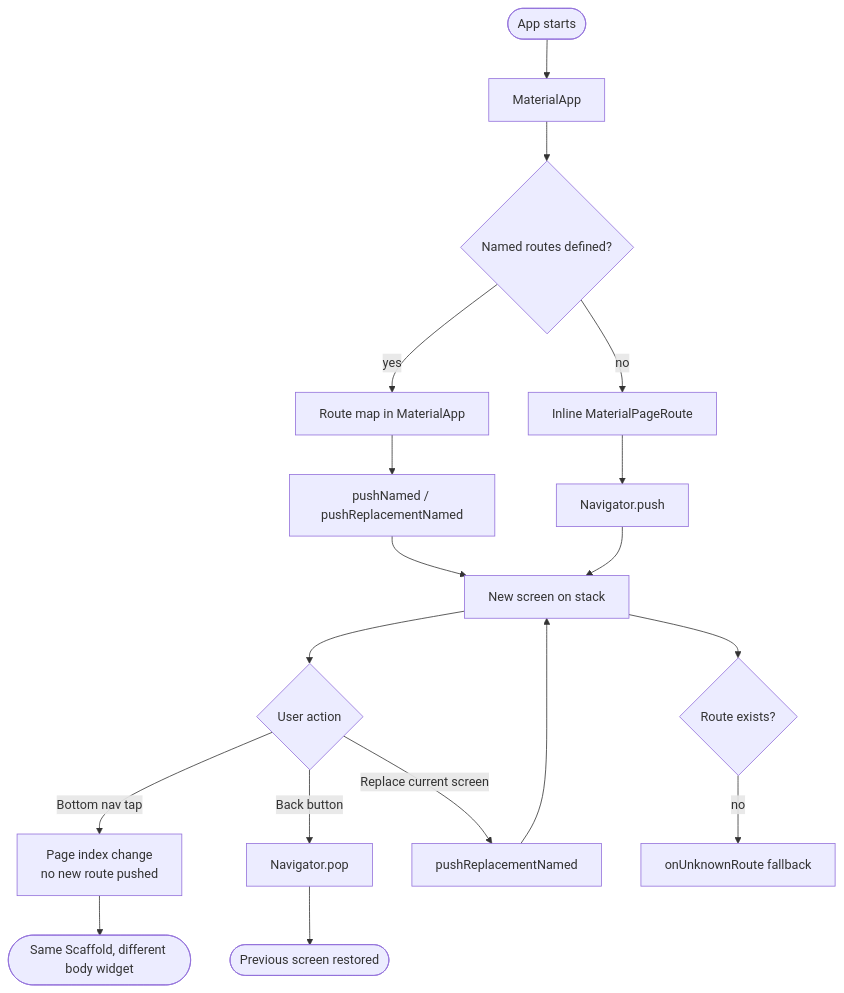
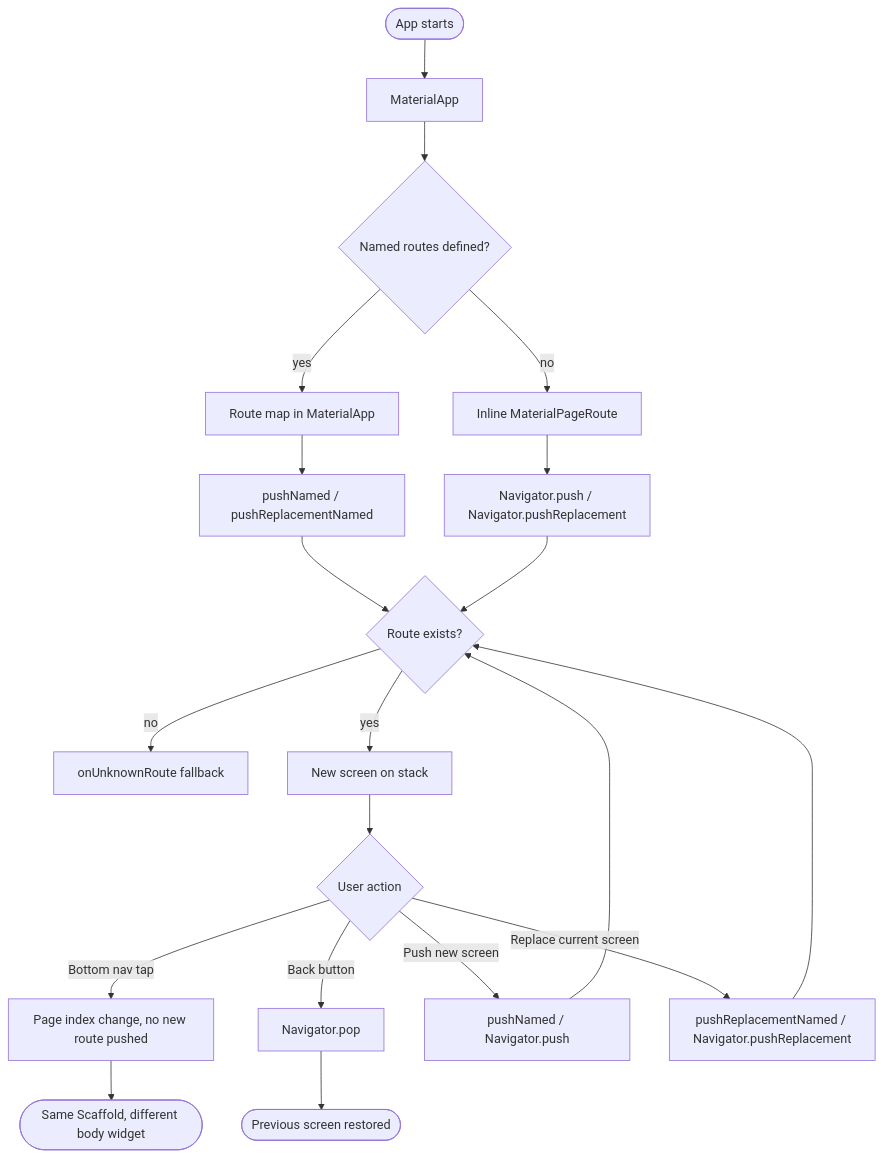
The diagram in 06.navigation/README.md (xscotophilic/learning-flutter), drawn with Mermaid before and after one commit. The commit also changed other lines of this file and 1 other file, not shown here.

Commit message:
README fixes

````diff
--- a/06.navigation/README.md
+++ b/06.navigation/README.md
@@ -65,20 +65,22 @@
 ```mermaid
 flowchart TD
     A([App starts]) --> B[MaterialApp]
     B --> C{Named routes defined?}
     C -- yes --> D[Route map in MaterialApp]
     C -- no --> E[Inline MaterialPageRoute]
     D --> F[pushNamed / pushReplacementNamed]
-    E --> G[Navigator.push]
-    F --> H[New screen on stack]
-    G --> H
+    E --> G[Navigator.push / Navigator.pushReplacement]
+    F --> O{Route exists?}
+    G --> O
+    O -- no --> P[onUnknownRoute fallback]
+    O -- yes --> H[New screen on stack]
     H --> I{User action}
-    I -- Bottom nav tap --> L[Page index change\nno new route pushed]
+    I -- Bottom nav tap --> L[Page index change, no new route pushed]
     I -- Back button --> J[Navigator.pop]
-    I -- Replace current screen --> K[pushReplacementNamed]
+    I -- Push new screen --> K[pushNamed / Navigator.push]
+    I -- Replace current screen --> R[pushReplacementNamed / Navigator.pushReplacement]
     J --> M([Previous screen restored])
-    K --> H
+    K --> O
+    R --> O
     L --> N([Same Scaffold, different body widget])
-    H --> O{Route exists?}
-    O -- no --> P[onUnknownRoute fallback]
 ```
````
